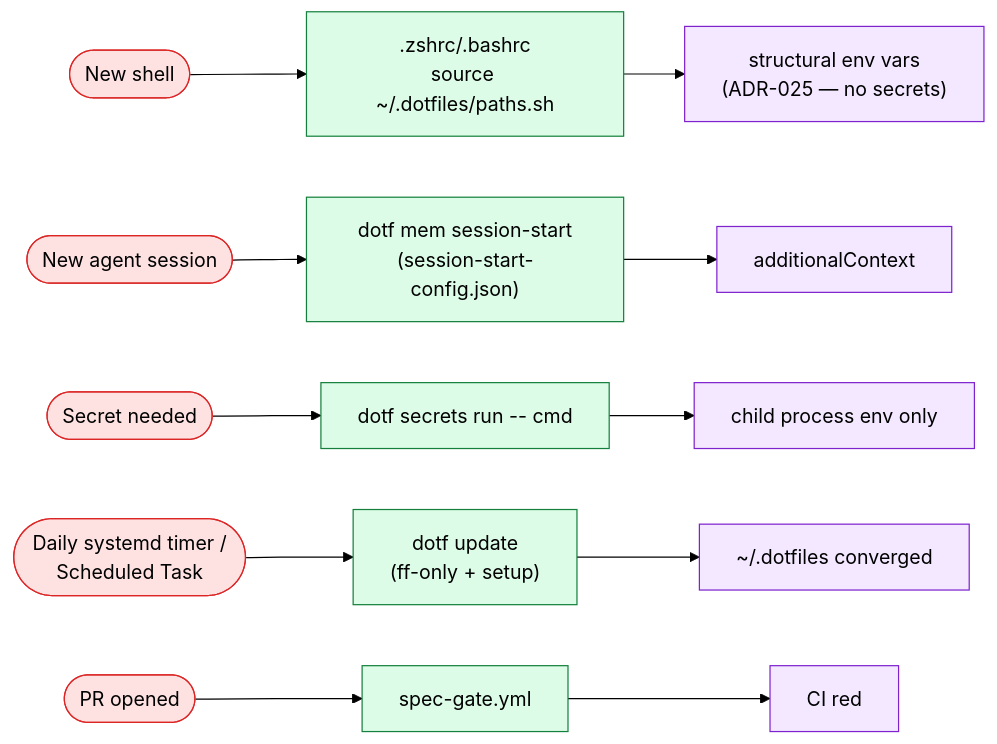
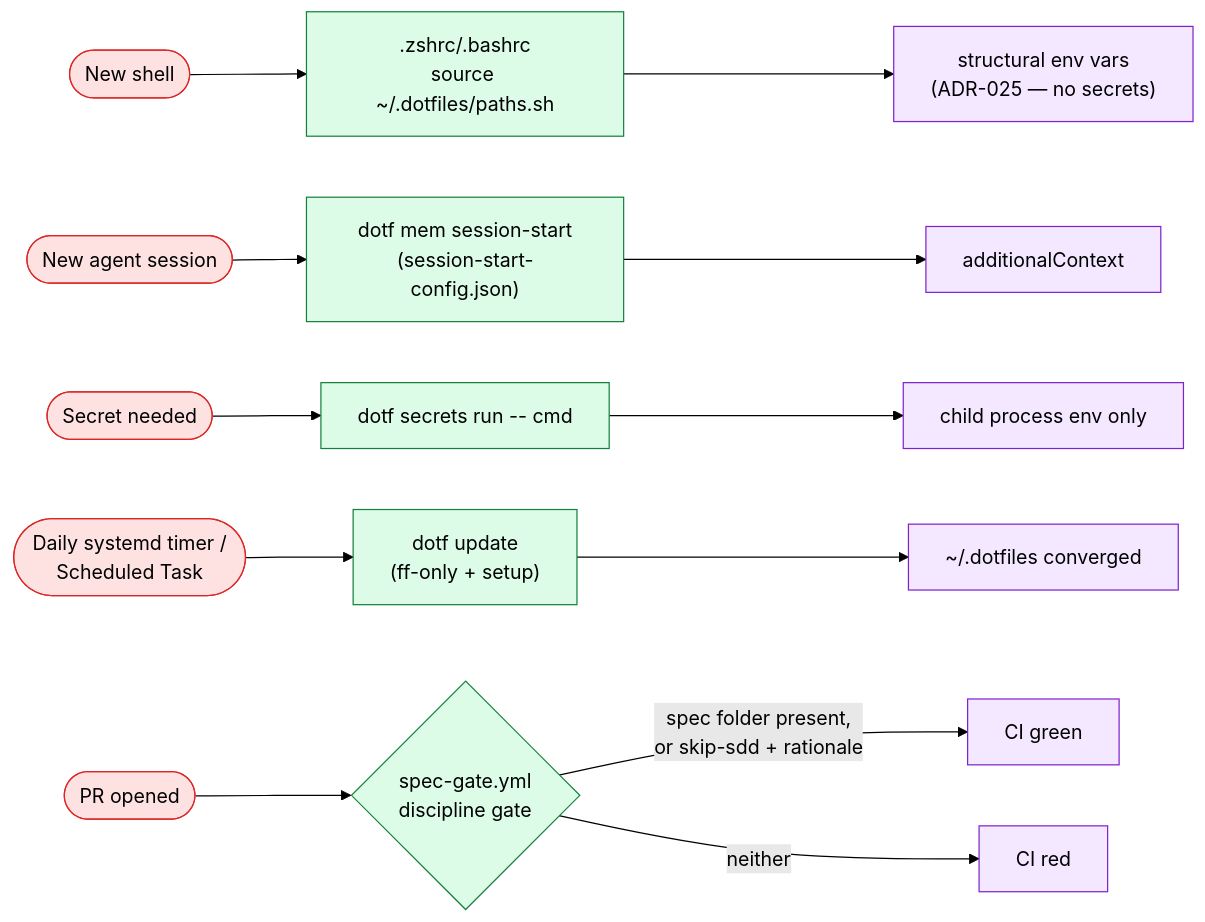
Before and after one commit to mlorentedev/dotfiles: the diagram in docs/architecture.md, drawn with Mermaid (forest theme). The commit also changed 11 other files, not shown here.

````diff
--- a/docs/architecture.md
+++ b/docs/architecture.md
@@ -82,12 +82,14 @@
 ```mermaid
 flowchart LR
     classDef trigger fill:#fee2e2,stroke:#dc2626,color:#000
     classDef hook fill:#dcfce7,stroke:#15803d,color:#000
     classDef sink fill:#f3e8ff,stroke:#7e22ce,color:#000
 
     NS([New shell]):::trigger --> RC[".zshrc/.bashrc<br/>source ~/.dotfiles/paths.sh"]:::hook --> ENV["structural env vars<br/>(ADR-025 — no secrets)"]:::sink
     CS([New agent session]):::trigger --> MEM["dotf mem session-start<br/>(session-start-config.json)"]:::hook --> CTX["additionalContext"]:::sink
     CMD([Secret needed]):::trigger --> SEC["dotf secrets run -- cmd"]:::hook --> CHILD["child process env only"]:::sink
     TIMER([Daily systemd timer /<br/>Scheduled Task]):::trigger --> UPD["dotf update<br/>(ff-only + setup)"]:::hook --> DEPLOY["~/.dotfiles converged"]:::sink
-    PR([PR opened]):::trigger --> GATE["spec-gate.yml"]:::hook --> FAIL[CI red]:::sink
+    PR([PR opened]):::trigger --> GATE{"spec-gate.yml<br/>discipline gate"}:::hook
+    GATE -- "spec folder present,<br/>or skip-sdd + rationale" --> PASS["CI green"]:::sink
+    GATE -- "neither" --> FAIL["CI red"]:::sink
 ```
````
